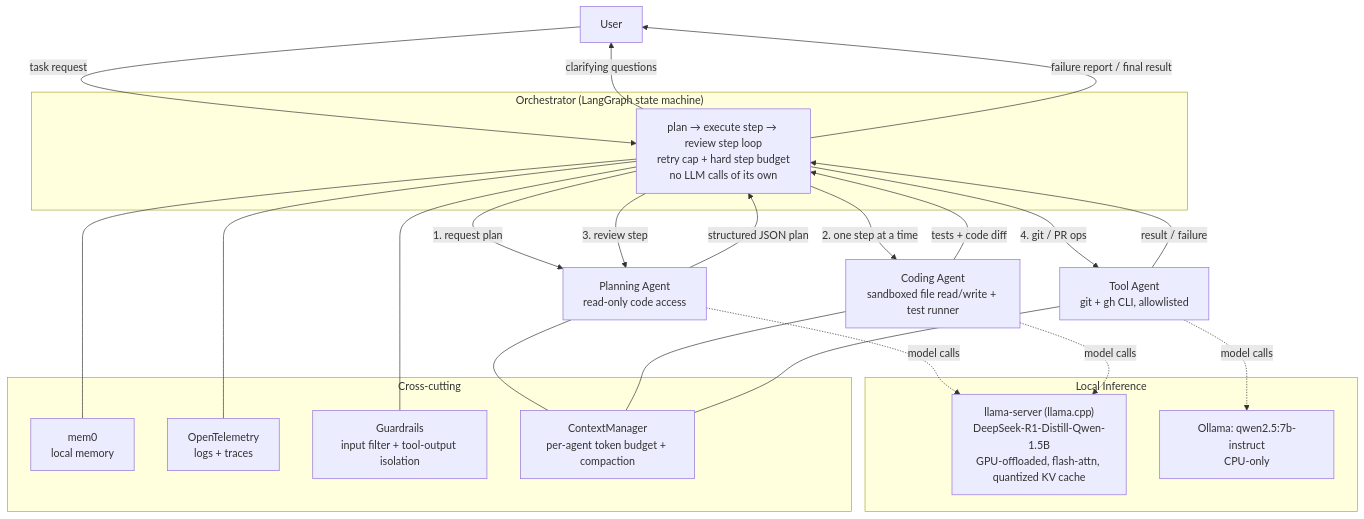
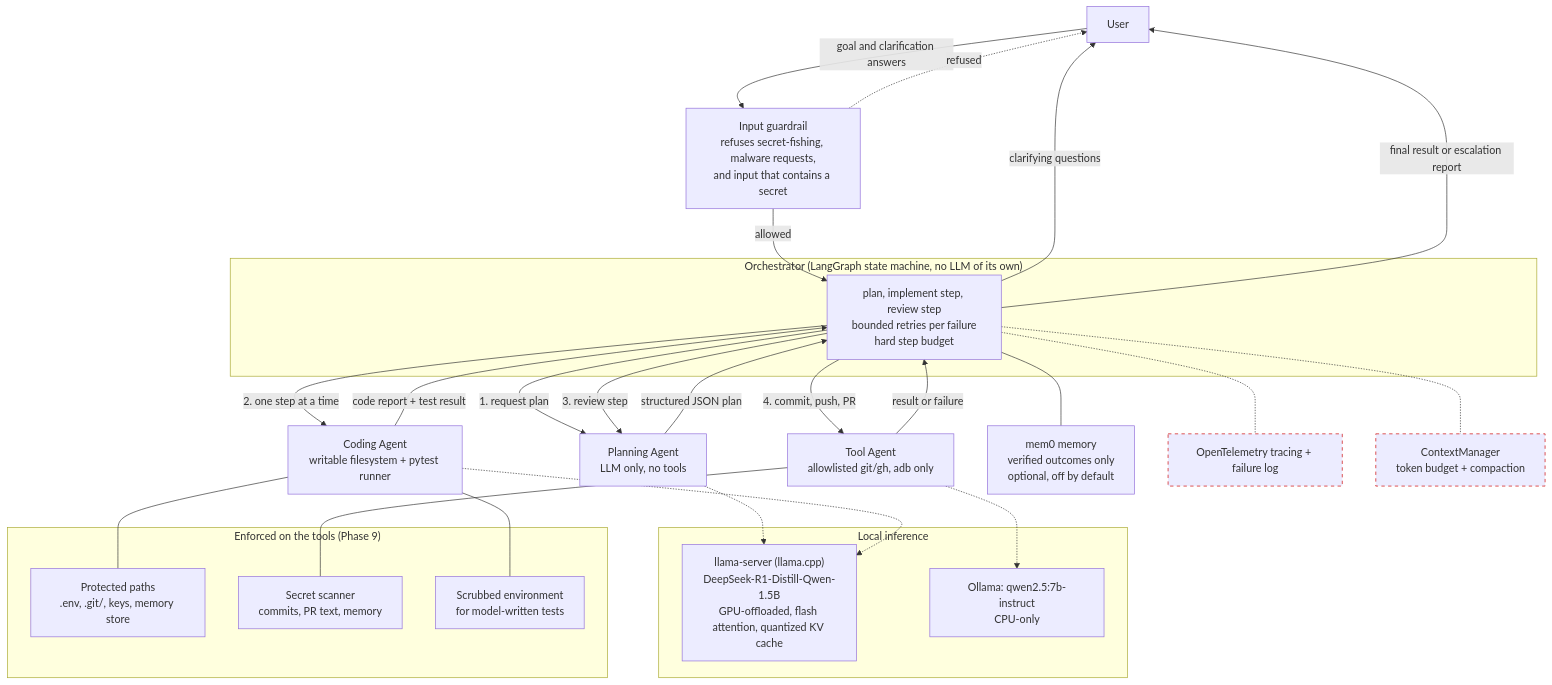
The diagram in README.md (SumukhaK/claude-multiagent), drawn with Mermaid before and after one commit. The commit also changed other lines of this file and 3 other files, not shown here.

First line of the commit message:
docs(repo): redraw the architecture, add a changelog, and record a wiring audit

````diff
--- a/README.md
+++ b/README.md
@@ -14,43 +16,49 @@
 ```mermaid
 flowchart TB
     U[User]
+    GIN["Input guardrail<br/>refuses secret-fishing, malware requests,<br/>and input that contains a secret"]
+    U -->|goal and clarification answers| GIN
+    GIN -.->|refused| U
 
-    subgraph Orchestrator["Orchestrator (LangGraph state machine)"]
-        O[plan → execute step → review step loop<br/>retry cap + hard step budget<br/>no LLM calls of its own]
+    subgraph Orchestrator["Orchestrator (LangGraph state machine, no LLM of its own)"]
+        O["plan, implement step, review step<br/>bounded retries per failure<br/>hard step budget"]
     end
+    GIN -->|allowed| O
+    O -->|clarifying questions| U
+    O -->|final result or escalation report| U
 
-    U -->|task request| O
-    O -->|clarifying questions| U
-    O -->|failure report / final result| U
+    O -->|"1. request plan"| P["Planning Agent<br/>LLM only, no tools"]
+    P -->|structured JSON plan| O
+    O -->|"2. one step at a time"| C["Coding Agent<br/>writable filesystem + pytest runner"]
+    C -->|code report + test result| O
+    O -->|"3. review step"| P
+    O -->|"4. commit, push, PR"| T["Tool Agent<br/>allowlisted git/gh, adb only"]
+    T -->|result or failure| O
 
-    O -->|"1. request plan"| P[Planning Agent<br/>read-only code access]
-    P -->|structured JSON plan| O
-
-    O -->|"2. one step at a time"| C[Coding Agent<br/>sandboxed file read/write + test runner]
-    C -->|tests + code diff| O
-    O -->|"3. review step"| P
-
-    O -->|"4. git / PR ops"| T[Tool Agent<br/>git + gh CLI, allowlisted]
-    T -->|result / failure| O
-
-    subgraph Local Inference
-        LS["llama-server (llama.cpp)<br/>DeepSeek-R1-Distill-Qwen-1.5B<br/>GPU-offloaded, flash-attn, quantized KV cache"]
+    subgraph LLMs["Local inference"]
+        LS["llama-server (llama.cpp)<br/>DeepSeek-R1-Distill-Qwen-1.5B<br/>GPU-offloaded, flash attention, quantized KV cache"]
         OL["Ollama: qwen2.5:7b-instruct<br/>CPU-only"]
     end
-    P -.model calls.-> LS
-    C -.model calls.-> LS
-    T -.model calls.-> OL
+    P -.-> LS
+    C -.-> LS
+    T -.-> OL
 
-    subgraph "Cross-cutting"
-        MEM[mem0<br/>local memory]
-        OTEL[OpenTelemetry<br/>logs + traces]
-        GRD[Guardrails<br/>input filter + tool-output isolation]
-        CTX[ContextManager<br/>per-agent token budget + compaction]
+    subgraph Boundaries["Enforced on the tools (Phase 9)"]
+        PP["Protected paths<br/>.env, .git/, keys, memory store"]
+        SS["Secret scanner<br/>commits, PR text, memory"]
+        ENV["Scrubbed environment<br/>for model-written tests"]
     end
+    C --- PP
+    C --- ENV
+    T --- SS
+
+    MEM["mem0 memory<br/>verified outcomes only<br/>optional, off by default"]
+    OTEL["OpenTelemetry tracing + failure log"]
+    CTX["ContextManager<br/>token budget + compaction"]
     O --- MEM
-    O --- OTEL
-    O --- GRD
-    P --- CTX
-    C --- CTX
-    T --- CTX
+    O -.- OTEL
+    O -.- CTX
+
+    classDef notwired stroke:#c00,stroke-dasharray: 5 5
+    class OTEL,CTX notwired
 ```
````
